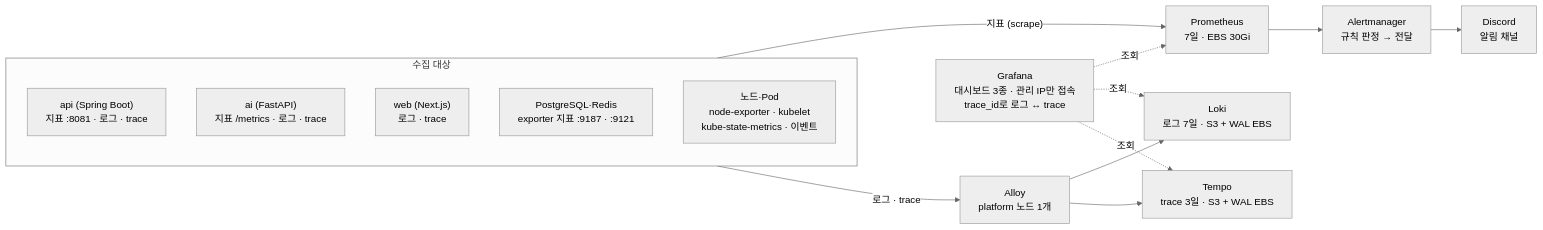
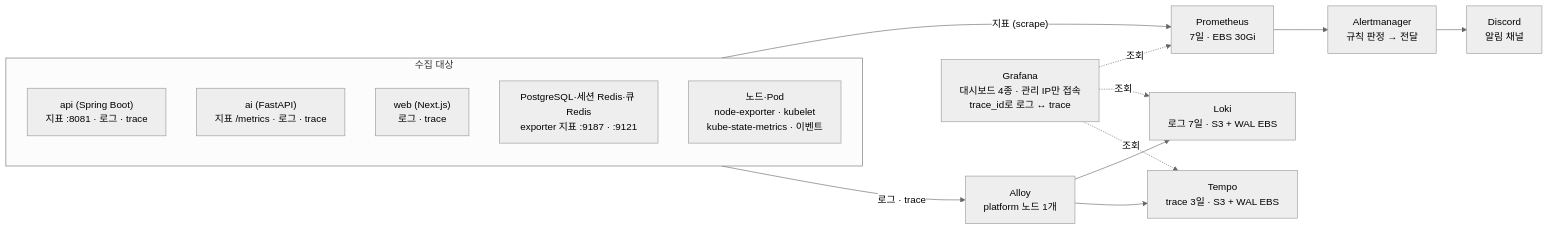
Before and after one commit to nerd-nam/SPEC-nerdnam: the diagram in docs/관측-운영-설계.md, drawn with Mermaid (neutral theme). The commit also changed other lines of this file and 2 other files, not shown here.

````diff
--- a/docs/관측-운영-설계.md
+++ b/docs/관측-운영-설계.md
@@ -24,18 +26,18 @@
 ```mermaid
 flowchart LR
   subgraph SRC[수집 대상]
     API["api (Spring Boot)<br/>지표 :8081 · 로그 · trace"]
     AI["ai (FastAPI)<br/>지표 /metrics · 로그 · trace"]
     WEB["web (Next.js)<br/>로그 · trace"]
-    DB["PostgreSQL·Redis<br/>exporter 지표 :9187 · :9121"]
+    DB["PostgreSQL·세션 Redis·큐 Redis<br/>exporter 지표 :9187 · :9121"]
     NODE["노드·Pod<br/>node-exporter · kubelet<br/>kube-state-metrics · 이벤트"]
   end
   SRC -->|"지표 (scrape)"| PR["Prometheus<br/>7일 · EBS 30Gi"]
   SRC -->|"로그 · trace"| AL["Alloy<br/>platform 노드 1개"]
   PR --> AM["Alertmanager<br/>규칙 판정 → 전달"] --> DC["Discord<br/>알림 채널"]
   AL --> LK["Loki<br/>로그 7일 · S3 + WAL EBS"]
   AL --> TP["Tempo<br/>trace 3일 · S3 + WAL EBS"]
-  GF["Grafana<br/>대시보드 3종 · 관리 IP만 접속<br/>trace_id로 로그 ↔ trace"] -.->|조회| PR
+  GF["Grafana<br/>대시보드 4종 · 관리 IP만 접속<br/>trace_id로 로그 ↔ trace"] -.->|조회| PR
   GF -.->|조회| LK
   GF -.->|조회| TP
 ```
````
